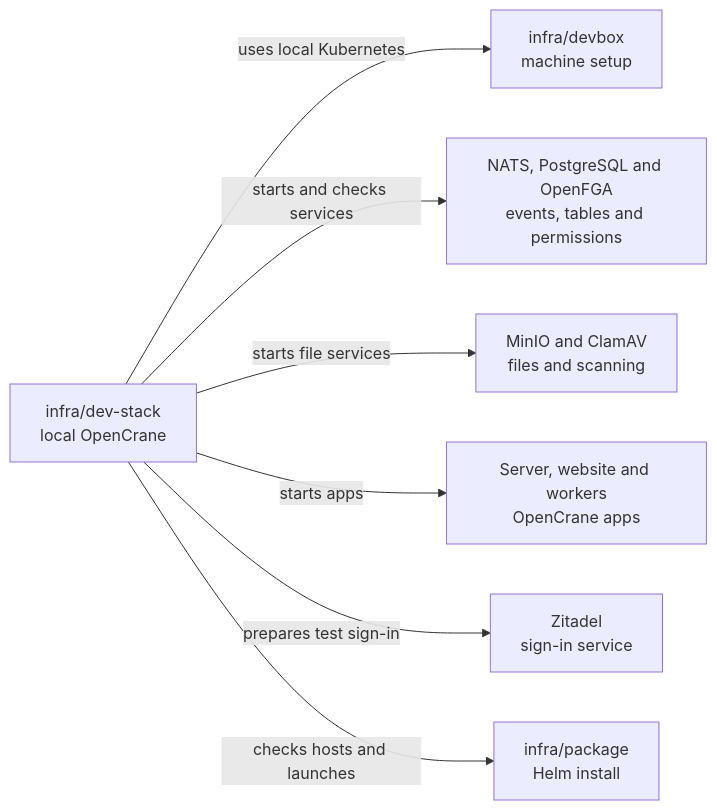
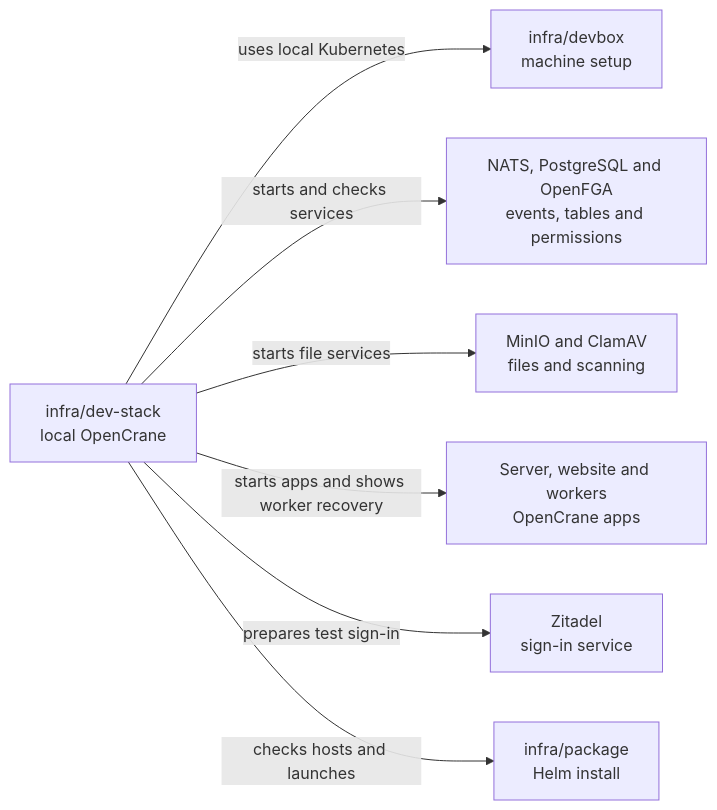
One commit to elewa-git/opencrane-new changed the diagram in infra/dev-stack/README.md. Above: the diagram before and after it, drawn with Mermaid. The commit also changed other lines of this file and 39 other files, not shown here.

````diff
--- a/infra/dev-stack/README.md
+++ b/infra/dev-stack/README.md
@@ -17,9 +17,9 @@
 ```mermaid
 flowchart LR
   stack["infra/dev-stack<br/>local OpenCrane"] -->|uses local Kubernetes| devbox["infra/devbox<br/>machine setup"]
   stack -->|starts and checks services| services["NATS, PostgreSQL and OpenFGA<br/>events, tables and permissions"]
   stack -->|starts file services| files["MinIO and ClamAV<br/>files and scanning"]
-  stack -->|starts apps| apps["Server, website and workers<br/>OpenCrane apps"]
+  stack -->|starts apps and shows worker recovery| apps["Server, website and workers<br/>OpenCrane apps"]
   stack -->|prepares test sign-in| zitadel["Zitadel<br/>sign-in service"]
   stack -->|checks hosts and launches| package["infra/package<br/>Helm install"]
 ```
````
